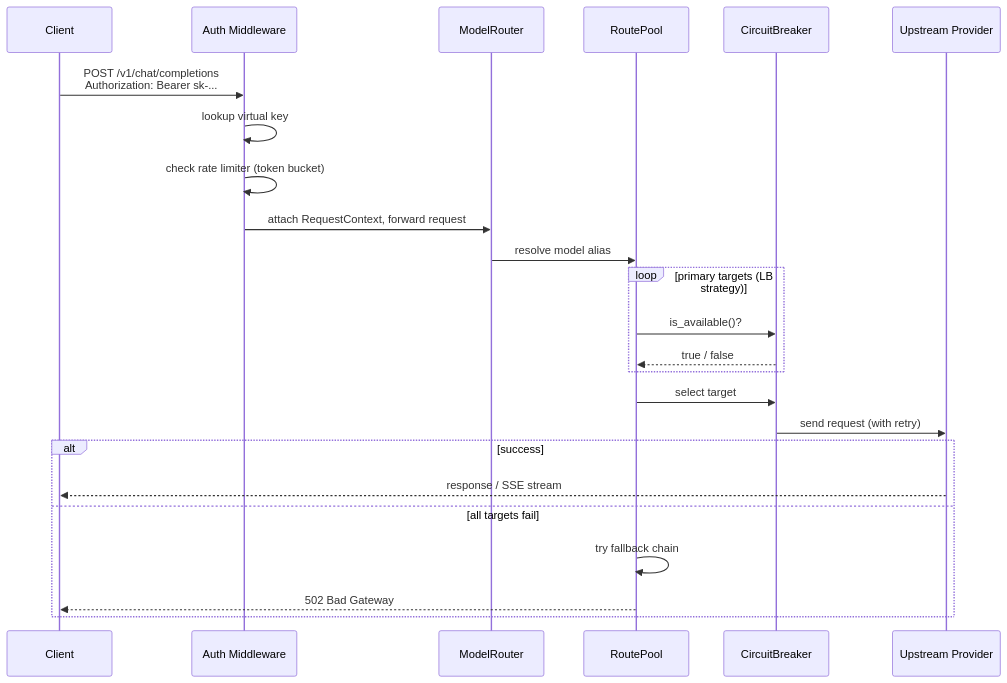
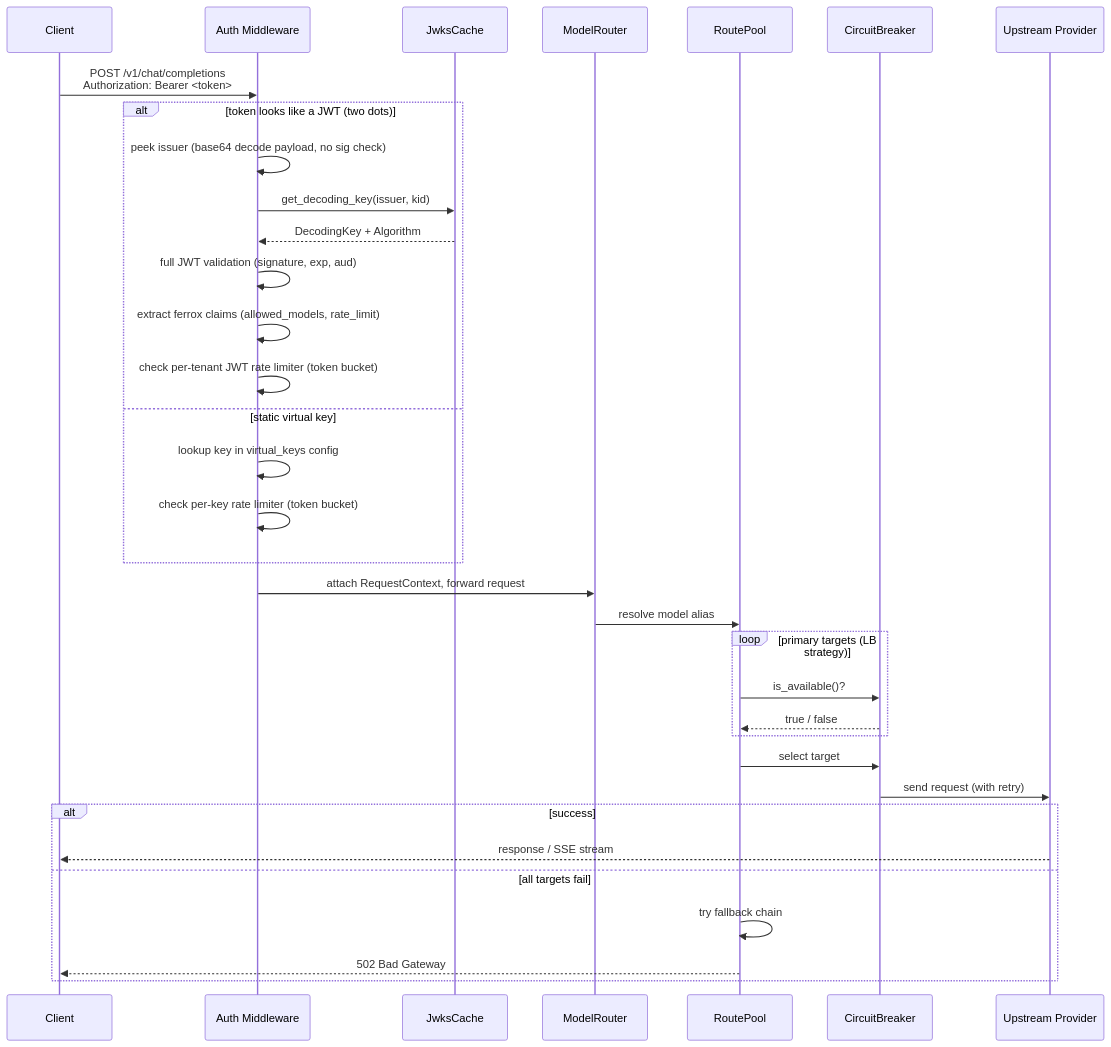
One commit to Zohuko71/ferrox changed the second of 5 diagrams in docs/developer/architecture.md. Above: the diagram before and after it, drawn with Mermaid. The commit also changed other lines of this file and 12 other files, not shown here.

First line of the commit message:
feat: Phase 1 — JWKS-based JWT authentication (#9)

````diff
--- a/docs/developer/architecture.md
+++ b/docs/developer/architecture.md
@@ -82,31 +83,43 @@
 ```mermaid
 sequenceDiagram
     participant C as Client
     participant A as Auth Middleware
+    participant JWKS as JwksCache
     participant R as ModelRouter
     participant P as RoutePool
     participant CB as CircuitBreaker
     participant Up as Upstream Provider
 
-    C->>A: POST /v1/chat/completions<br/>Authorization: Bearer sk-...
-    A->>A: lookup virtual key
-    A->>A: check rate limiter (token bucket)
+    C->>A: POST /v1/chat/completions<br/>Authorization: Bearer <token>
+
+    alt token looks like a JWT (two dots)
+        A->>A: peek issuer (base64 decode payload, no sig check)
+        A->>JWKS: get_decoding_key(issuer, kid)
+        JWKS-->>A: DecodingKey + Algorithm
+        A->>A: full JWT validation (signature, exp, aud)
+        A->>A: extract ferrox claims (allowed_models, rate_limit)
+        A->>A: check per-tenant JWT rate limiter (token bucket)
+    else static virtual key
+        A->>A: lookup key in virtual_keys config
+        A->>A: check per-key rate limiter (token bucket)
+    end
+
     A->>R: attach RequestContext, forward request
 
     R->>P: resolve model alias
 
     loop primary targets (LB strategy)
         P->>CB: is_available()?
         CB-->>P: true / false
     end
 
     P->>CB: select target
     CB->>Up: send request (with retry)
 
     alt success
         Up-->>C: response / SSE stream
     else all targets fail
         P->>P: try fallback chain
         P-->>C: 502 Bad Gateway
     end
 ```
````
